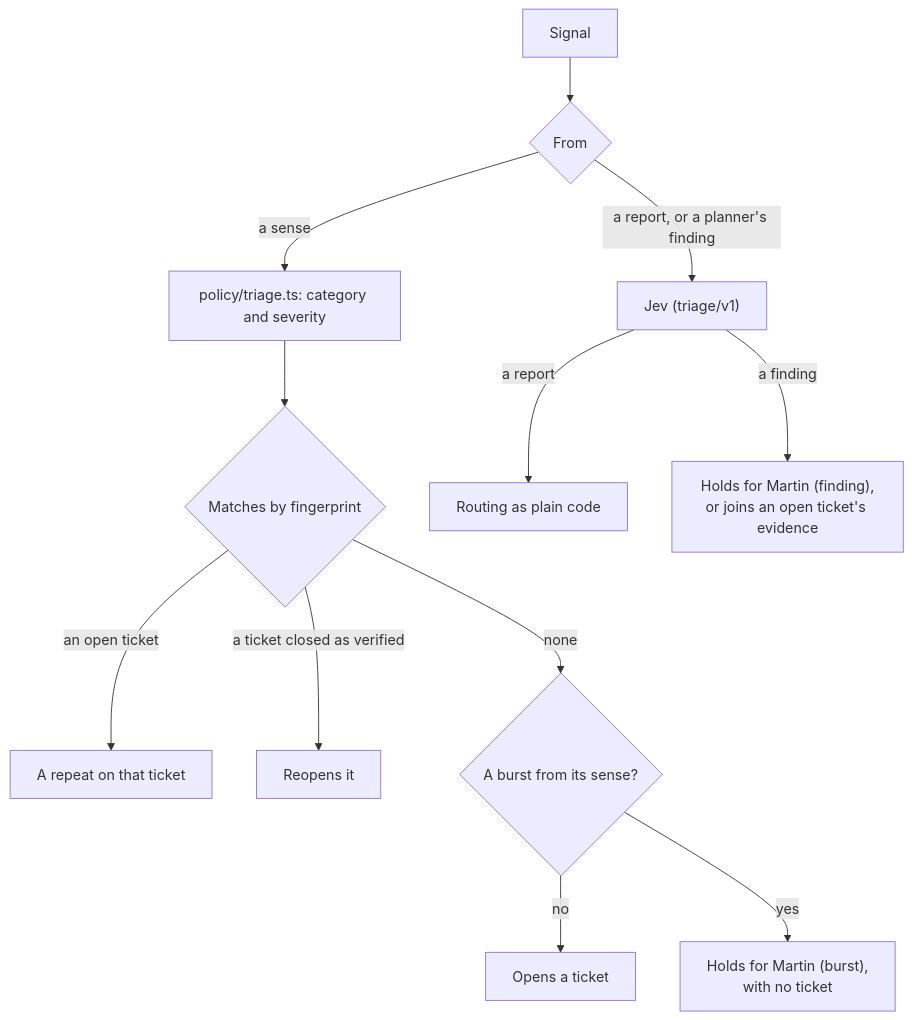
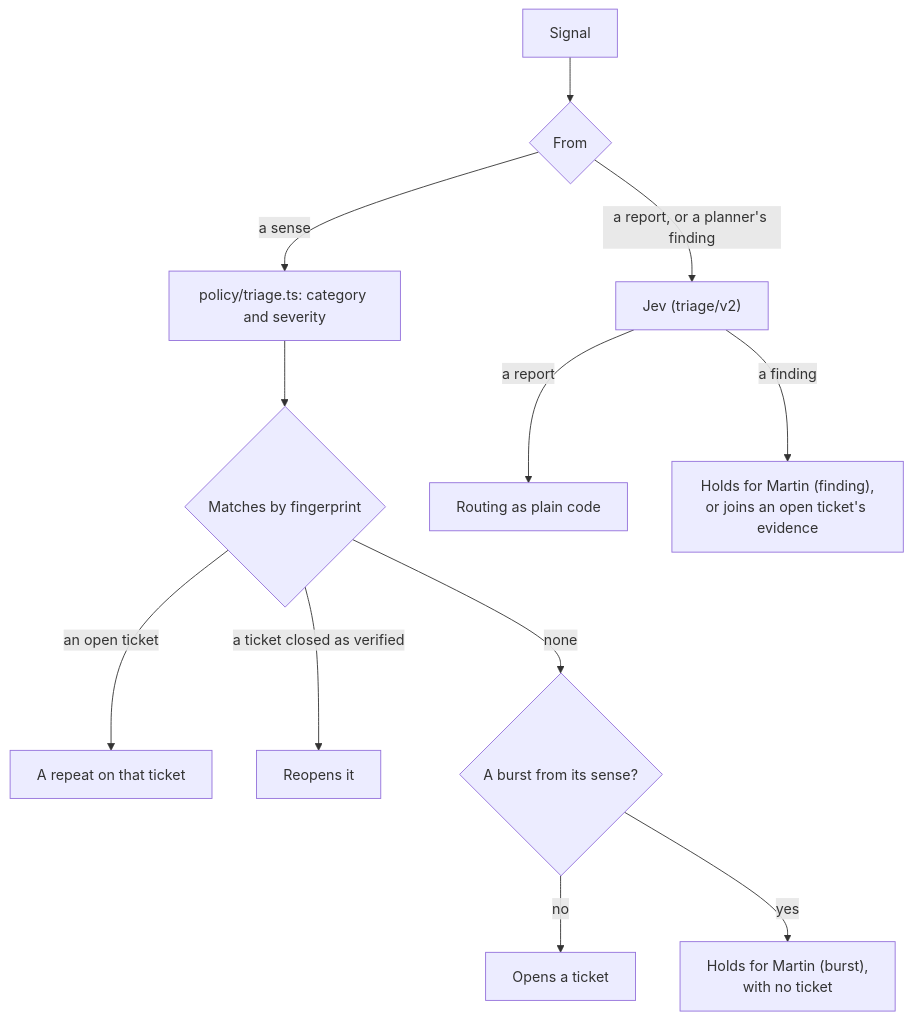
Before and after one commit to mrogan/cv-software-factory: the diagram in docs/COMPONENTS/TRIAGE.md, drawn with Mermaid. The commit also changed other lines of this file and 150 other files, not shown here.

````diff
--- a/docs/COMPONENTS/TRIAGE.md
+++ b/docs/COMPONENTS/TRIAGE.md
@@ -9,14 +9,14 @@
 ```mermaid
 flowchart TD
   signal[Signal] --> kind{From}
   kind -- a sense --> policy["policy/triage.ts: category and severity"]
-  kind -- "a report, or a planner's finding" --> jev["Jev (triage/v1)"]
+  kind -- "a report, or a planner's finding" --> jev["Jev (triage/v2)"]
   policy --> match{Matches by fingerprint}
   match -- an open ticket --> repeat[A repeat on that ticket]
   match -- "a ticket closed as verified" --> reopen[Reopens it]
   match -- none --> burst{"A burst from its sense?"}
   burst -- no --> open[Opens a ticket]
   burst -- yes --> burstHold["Holds for Martin (burst),<br>with no ticket"]
   jev -- a report --> route["Routing as plain code"]
   jev -- a finding --> held["Holds for Martin (finding),<br>or joins an open ticket's evidence"]
 ```
````
